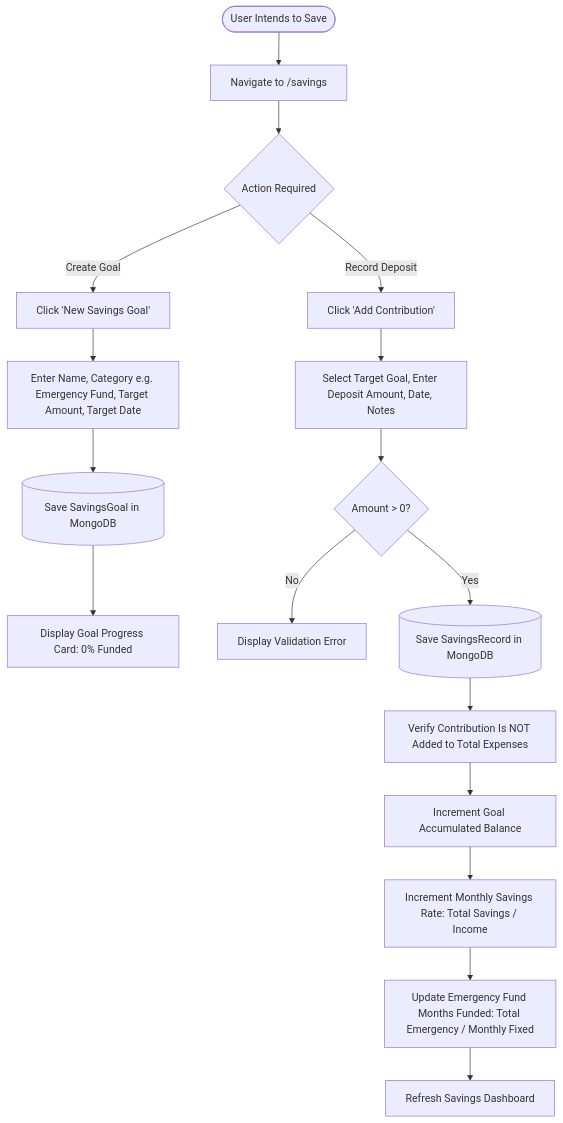
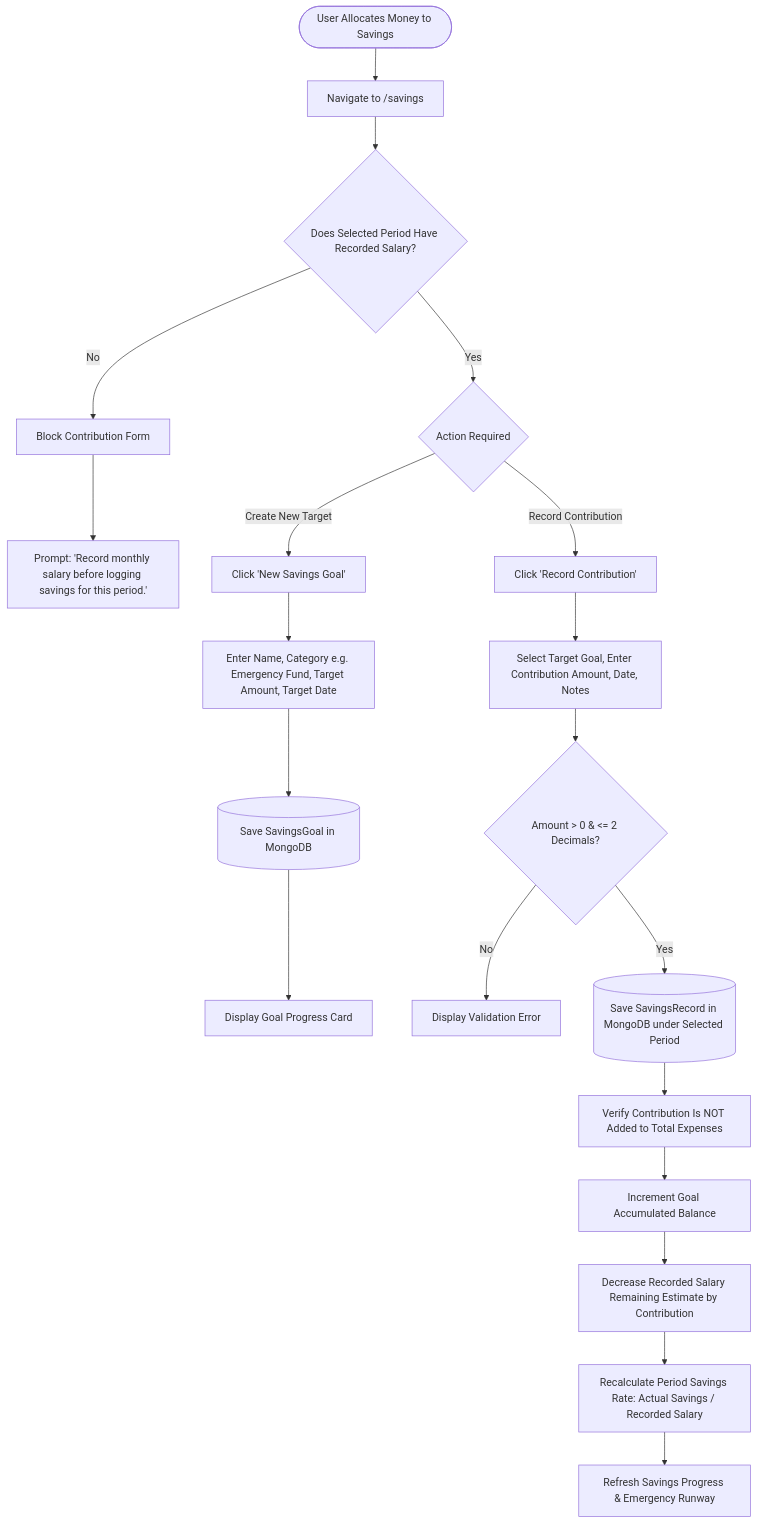
Before and after one commit to zainrubi/Fintrack: the fourth of 6 diagrams in docs/phase-2-information-architecture-and-user-flows.md, drawn with Mermaid. The commit also changed other lines of this file, not shown here.

````diff
--- a/docs/phase-2-information-architecture-and-user-flows.md
+++ b/docs/phase-2-information-architecture-and-user-flows.md
@@ -216,22 +262,27 @@
 ```mermaid
 flowchart TD
-    UserSavings([User Intends to Save]) --> OpenSavings[Navigate to /savings]
-    OpenSavings --> Choice{Action Required}
+    UserSaves([User Allocates Money to Savings]) --> OpenSavings[Navigate to /savings]
+    OpenSavings --> VerifySavingsGating{Does Selected Period Have Recorded Salary?}
 
-    Choice -- Create Goal --> OpenGoalModal[Click 'New Savings Goal']
+    VerifySavingsGating -- No --> BlockSavings[Block Contribution Form]
+    BlockSavings --> GuideToSalary[Prompt: 'Record monthly salary before logging savings for this period.']
+
+    VerifySavingsGating -- Yes --> SelectAction{Action Required}
+    
+    SelectAction -- Create New Target --> OpenGoalModal[Click 'New Savings Goal']
     OpenGoalModal --> FillGoal[Enter Name, Category e.g. Emergency Fund, Target Amount, Target Date]
     FillGoal --> SaveGoal[(Save SavingsGoal in MongoDB)]
-    SaveGoal --> RenderGoalCard[Display Goal Progress Card: 0% Funded]
+    SaveGoal --> RenderGoalCard[Display Goal Progress Card]
 
-    Choice -- Record Deposit --> OpenDepositModal[Click 'Add Contribution']
-    OpenDepositModal --> FillDeposit[Select Target Goal, Enter Deposit Amount, Date, Notes]
-    FillDeposit --> ValidateDeposit{Amount > 0?}
+    SelectAction -- Record Contribution --> OpenDepositModal[Click 'Record Contribution']
+    OpenDepositModal --> FillDeposit[Select Target Goal, Enter Contribution Amount, Date, Notes]
+    FillDeposit --> ValidateDeposit{Amount > 0 & <= 2 Decimals?}
     ValidateDeposit -- No --> ShowDepError[Display Validation Error]
-    ValidateDeposit -- Yes --> SaveDeposit[(Save SavingsRecord in MongoDB)]
+    ValidateDeposit -- Yes --> SaveDeposit[(Save SavingsRecord in MongoDB under Selected Period)]
 
     SaveDeposit --> NonExpenseCheck[Verify Contribution Is NOT Added to Total Expenses]
     NonExpenseCheck --> IncrementGoalBalance[Increment Goal Accumulated Balance]
-    IncrementGoalBalance --> RecalculateSavingsRate[Increment Monthly Savings Rate: Total Savings / Income]
-    RecalculateSavingsRate --> RecalculateRunway[Update Emergency Fund Months Funded: Total Emergency / Monthly Fixed]
-    RecalculateRunway --> UpdateSavingsUI[Refresh Savings Dashboard]
+    IncrementGoalBalance --> RecalcRemaining[Decrease Recorded Salary Remaining Estimate by Contribution]
+    RecalcRemaining --> RecalcSavingsRate[Recalculate Period Savings Rate: Actual Savings / Recorded Salary]
+    RecalcSavingsRate --> UpdateSavingsDashboard[Refresh Savings Progress & Emergency Runway]
 ```
````
